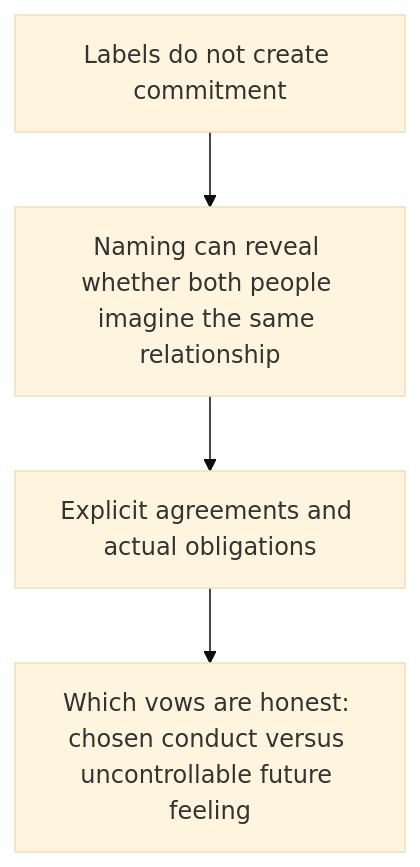
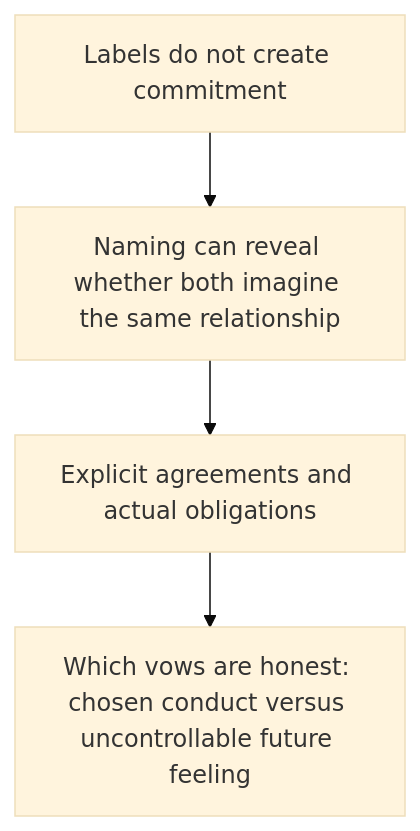
Diagram 12 of 14 in work/romance-current-assembly/ARCHITECTURE.md (u-dont-existDOTcom/pangram-humanization-lab), drawn with Mermaid (base theme) before and after one commit. The commit also changed other lines of this file, not shown here.

Commit message:
state: sync Romance architecture to Toft Anami pass

````diff
--- a/work/romance-current-assembly/ARCHITECTURE.md
+++ b/work/romance-current-assembly/ARCHITECTURE.md
@@ -151,9 +228,9 @@
 ```mermaid
 flowchart TD
     labels["Labels do not create commitment"]
-    sharedMeaning["Naming can reveal whether both people imagine the same relationship"]
+    sharedMeaning["Naming can reveal whether both imagine the same relationship"]
     agreements["Explicit agreements and actual obligations"]
     vows["Which vows are honest: chosen conduct versus uncontrollable future feeling"]
 
     labels --> sharedMeaning --> agreements --> vows
 ```
````
